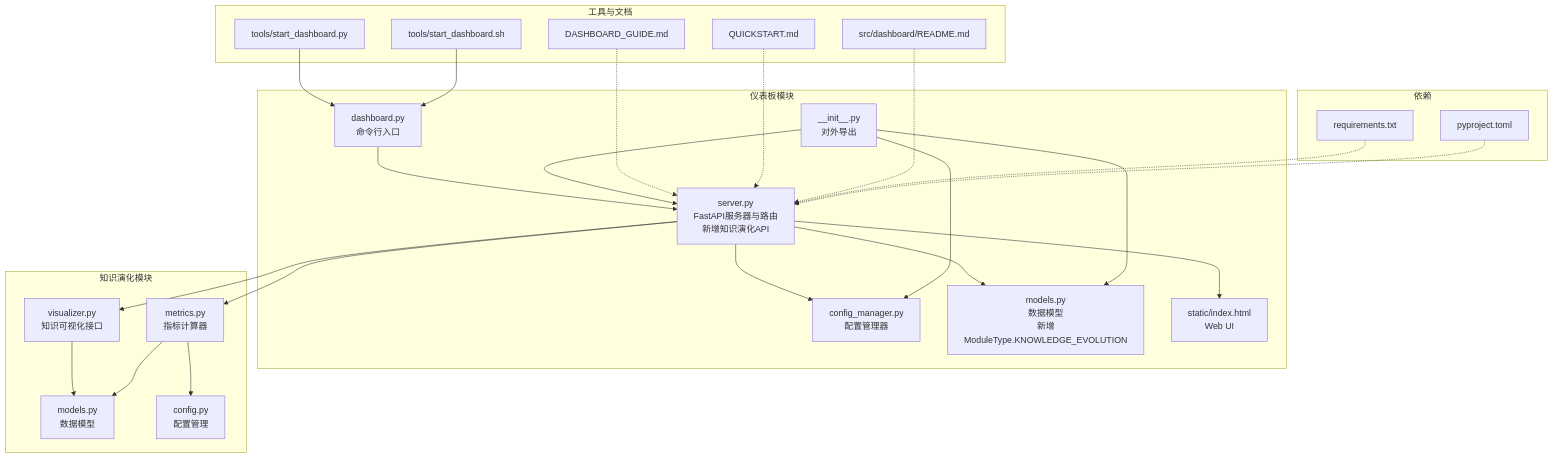
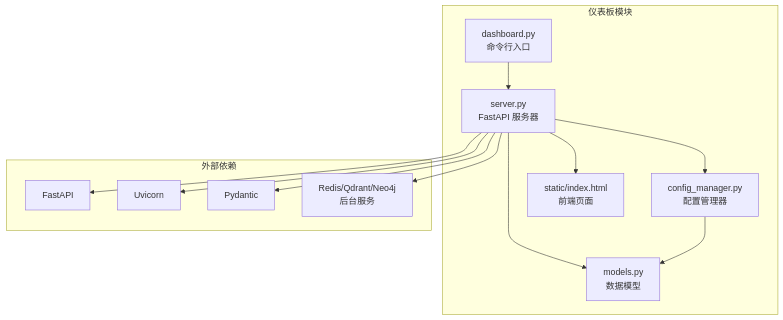
One commit to JieGaoPrinceton/NecoRAG changed the first of 7 diagrams in .qoder/repowiki/zh/content/仪表板系统/仪表板系统.md. Above: the diagram before and after it, drawn with Mermaid. The commit also changed other lines of this file and 222 other files, not shown here.

````diff
--- a/.qoder/repowiki/zh/content/仪表板系统/仪表板系统.md
+++ b/.qoder/repowiki/zh/content/仪表板系统/仪表板系统.md
@@ -65,47 +46,25 @@
 ```mermaid
 graph TB
 subgraph "仪表板模块"
-A["server.py<br/>FastAPI服务器与路由<br/>新增知识演化API"]
-B["config_manager.py<br/>配置管理器"]
-C["models.py<br/>数据模型<br/>新增ModuleType.KNOWLEDGE_EVOLUTION"]
-D["static/index.html<br/>Web UI"]
-E["dashboard.py<br/>命令行入口"]
-F["__init__.py<br/>对外导出"]
+A["dashboard.py<br/>命令行入口"]
+B["server.py<br/>FastAPI 服务器"]
+C["config_manager.py<br/>配置管理器"]
+D["models.py<br/>数据模型"]
+E["static/index.html<br/>前端页面"]
 end
-subgraph "知识演化模块"
-K["visualizer.py<br/>知识可视化接口"]
-M["metrics.py<br/>指标计算器"]
-N["models.py<br/>数据模型"]
-P["config.py<br/>配置管理"]
+subgraph "外部依赖"
+F["FastAPI"]
+G["Uvicorn"]
+H["Pydantic"]
+I["Redis/Qdrant/Neo4j<br/>后台服务"]
 end
-subgraph "工具与文档"
-T1["tools/start_dashboard.py"]
-T2["tools/start_dashboard.sh"]
-DOC1["DASHBOARD_GUIDE.md"]
-DOC2["QUICKSTART.md"]
-DOC3["src/dashboard/README.md"]
-end
-subgraph "依赖"
-R1["requirements.txt"]
-R2["pyproject.toml"]
-end
-E --> A
 A --> B
-A --> C
-A --> D
-A --> K
-A --> M
-F --> A
-F --> B
-F --> C
-K --> N
-M --> N
-M --> P
-T1 --> E
-T2 --> E
-DOC1 -.-> A
-DOC2 -.-> A
-DOC3 -.-> A
-R1 -.-> A
-R2 -.-> A
+B --> C
+B --> D
+B --> E
+C --> D
+B --> F
+B --> G
+B --> H
+B --> I
 ```
````
